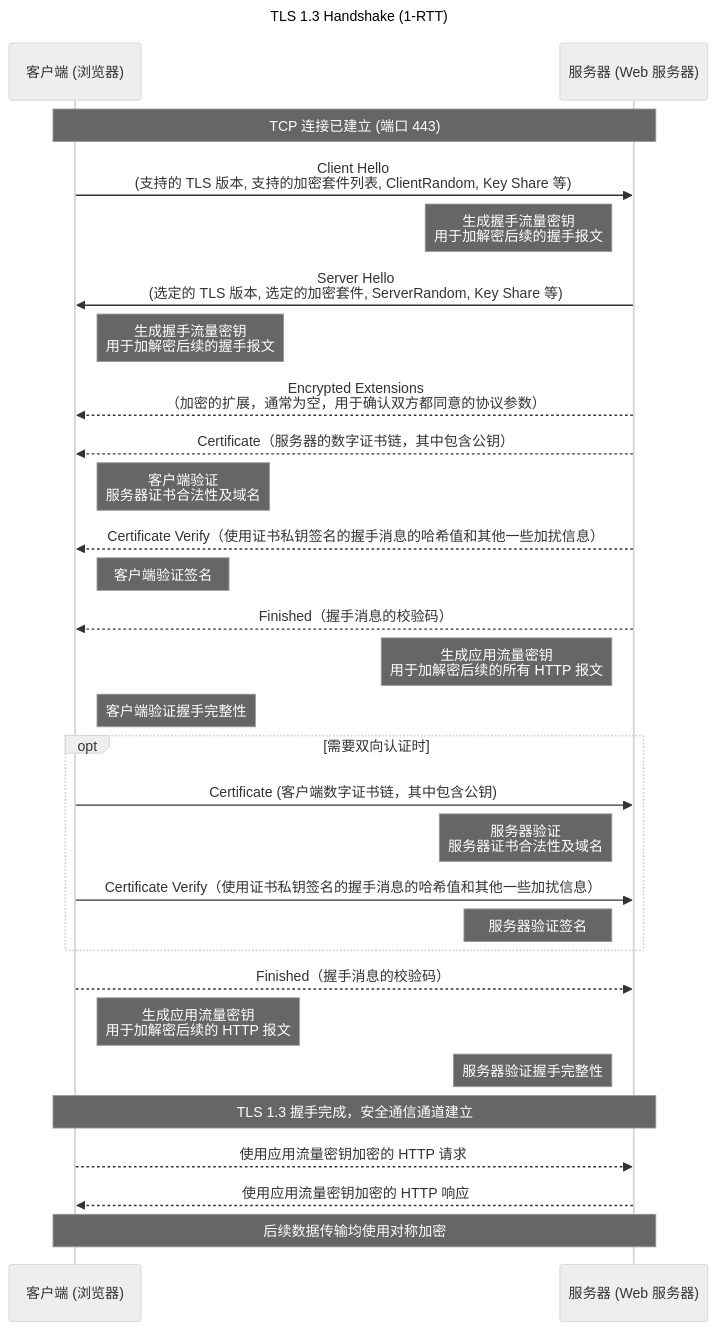
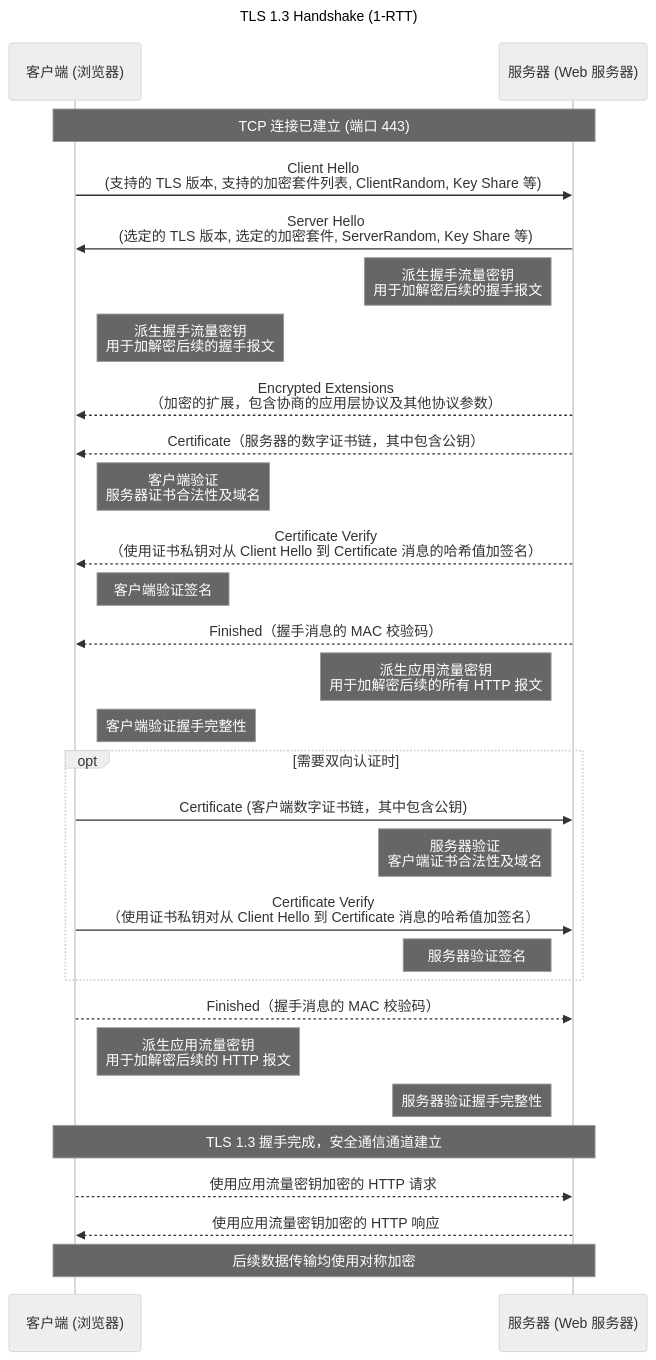
One commit to ReAllTh/memo changed the second of 2 diagrams in _posts/2024-01-07-CNSUM.md. Above: the diagram before and after it, drawn with Mermaid (neutral theme). The commit also changed other lines of this file and 1 other file, not shown here.

Commit message:
update: update tls connection establishment mermaid

````diff
--- a/_posts/2024-01-07-CNSUM.md
+++ b/_posts/2024-01-07-CNSUM.md
@@ -234,37 +240,37 @@
 ```mermaid
 sequenceDiagram
     participant C as 客户端 (浏览器)
     participant S as 服务器 (Web 服务器)
 
     title TLS 1.3 Handshake (1-RTT)
 
     Note over C,S: TCP 连接已建立 (端口 443)
     C->>S: Client Hello<br/>(支持的 TLS 版本, 支持的加密套件列表, ClientRandom, Key Share 等)
-    Note left of S: 生成握手流量密钥<br/>用于加解密后续的握手报文
     S->>C: Server Hello<br/>(选定的 TLS 版本, 选定的加密套件, ServerRandom, Key Share 等)
-    Note right of C: 生成握手流量密钥<br/>用于加解密后续的握手报文
-    S-->>C: Encrypted Extensions<br/>（加密的扩展，通常为空，用于确认双方都同意的协议参数）
+    Note left of S: 派生握手流量密钥<br/>用于加解密后续的握手报文
+    Note right of C: 派生握手流量密钥<br/>用于加解密后续的握手报文
+    S-->>C: Encrypted Extensions<br/>（加密的扩展，包含协商的应用层协议及其他协议参数）
     S-->>C: Certificate（服务器的数字证书链，其中包含公钥）
     Note right of C: 客户端验证<br/>服务器证书合法性及域名
-    S-->>C: Certificate Verify（使用证书私钥签名的握手消息的哈希值和其他一些加扰信息）
+    S-->>C: Certificate Verify<br/>（使用证书私钥对从 Client Hello 到 Certificate 消息的哈希值加签名）
     Note right of C: 客户端验证签名
-    S-->>C: Finished（握手消息的校验码）
-    Note left of S: 生成应用流量密钥<br/>用于加解密后续的所有 HTTP 报文
+    S-->>C: Finished（握手消息的 MAC 校验码）
+    Note left of S: 派生应用流量密钥<br/>用于加解密后续的所有 HTTP 报文
     Note right of C: 客户端验证握手完整性
 
     opt 需要双向认证时
         C->>S: Certificate (客户端数字证书链，其中包含公钥)
-        Note left of S: 服务器验证<br/>服务器证书合法性及域名
-        C->>S: Certificate Verify（使用证书私钥签名的握手消息的哈希值和其他一些加扰信息）
+        Note left of S: 服务器验证<br/>客户端证书合法性及域名
+        C->>S: Certificate Verify<br/>（使用证书私钥对从 Client Hello 到 Certificate 消息的哈希值加签名）
         Note left of S: 服务器验证签名
     end
 
-    C-->>S: Finished（握手消息的校验码）
-    Note right of C: 生成应用流量密钥<br/>用于加解密后续的 HTTP 报文
+    C-->>S: Finished（握手消息的 MAC 校验码）
+    Note right of C: 派生应用流量密钥<br/>用于加解密后续的 HTTP 报文
     Note left of S: 服务器验证握手完整性
     
     Note over C,S: TLS 1.3 握手完成，安全通信通道建立
     C-->>S: 使用应用流量密钥加密的 HTTP 请求
     S-->>C: 使用应用流量密钥加密的 HTTP 响应
     Note over C,S: 后续数据传输均使用对称加密
 ```
````
